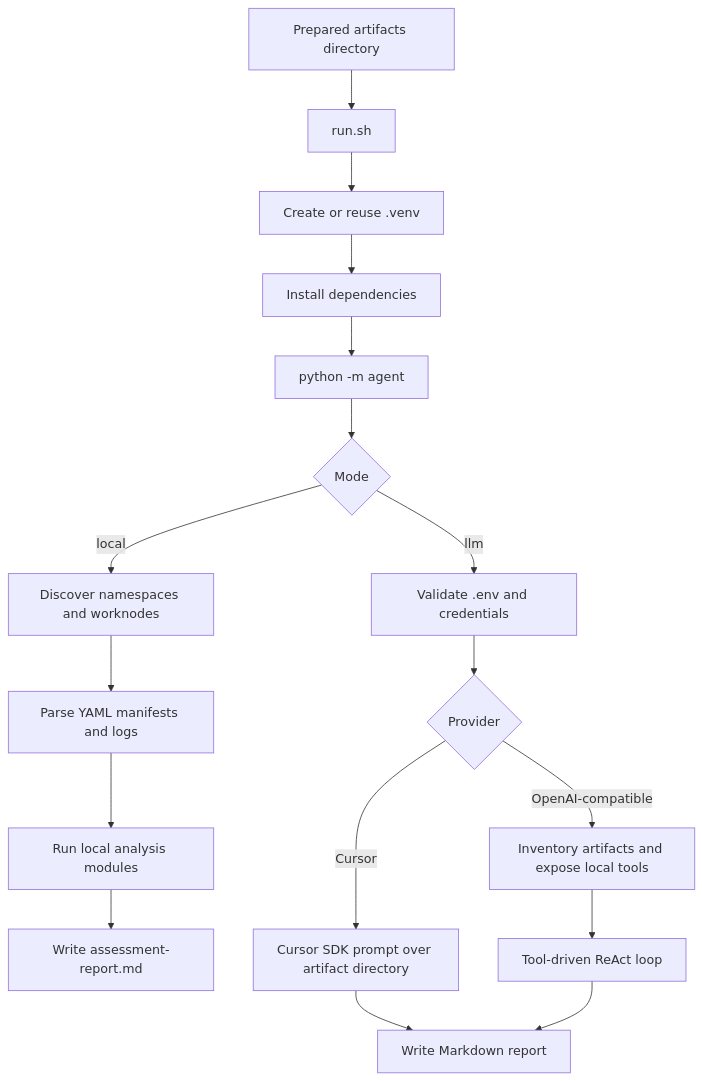
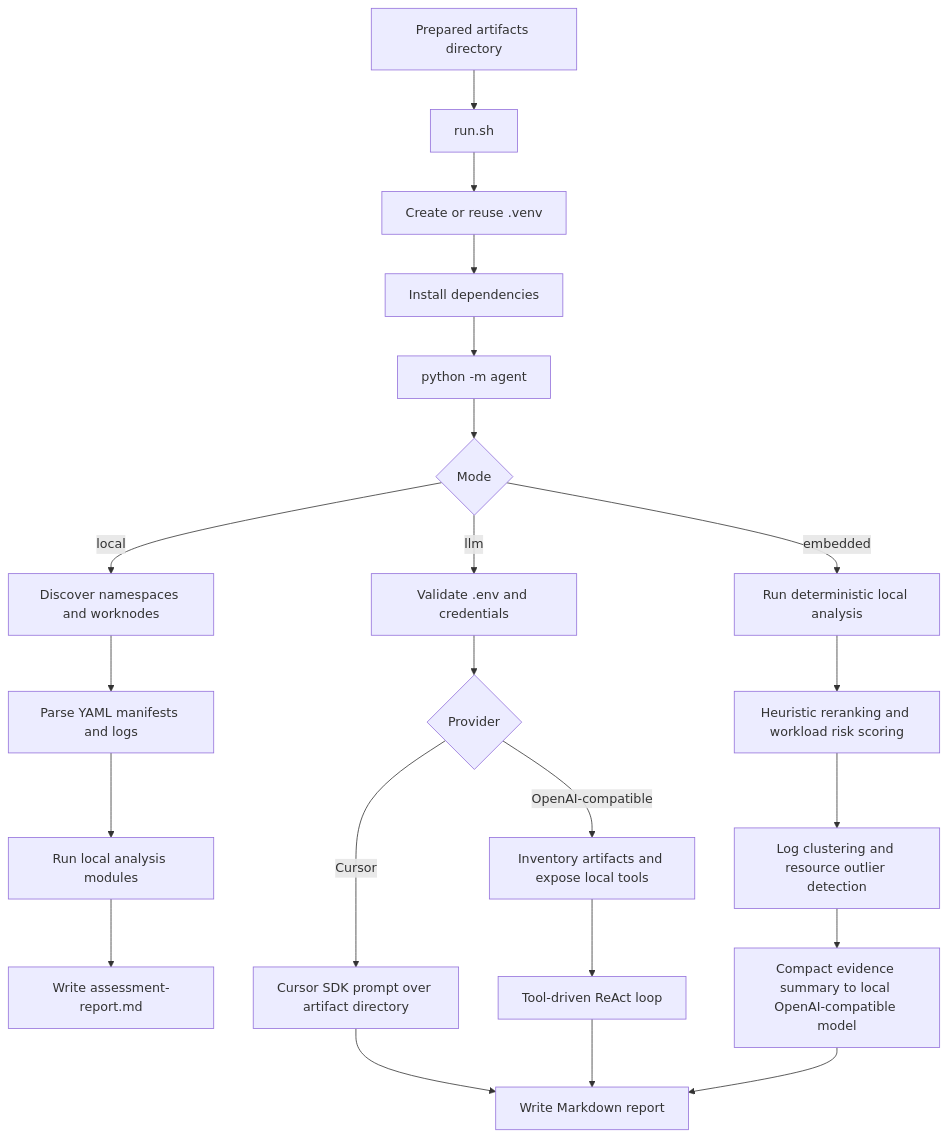
The diagram in README.md (ShiftWise-AI/kubeoptix-analyzer), drawn with Mermaid before and after one commit. The commit also changed 3 other files, not shown here.

````diff
--- a/README.md
+++ b/README.md
@@ -196,21 +196,26 @@
 ```mermaid
 flowchart TD
     A[Prepared artifacts directory] --> B[run.sh]
     B --> C[Create or reuse .venv]
     C --> D[Install dependencies]
     D --> E[python -m agent]
     E --> F{Mode}
 
     F -->|local| G[Discover namespaces and worknodes]
     G --> H[Parse YAML manifests and logs]
     H --> I[Run local analysis modules]
     I --> J[Write assessment-report.md]
 
     F -->|llm| K[Validate .env and credentials]
     K --> L{Provider}
     L -->|Cursor| M[Cursor SDK prompt over artifact directory]
     L -->|OpenAI-compatible| N[Inventory artifacts and expose local tools]
     N --> O[Tool-driven ReAct loop]
+    F -->|embedded| Q[Run deterministic local analysis]
+    Q --> R[Heuristic reranking and workload risk scoring]
+    R --> S[Log clustering and resource outlier detection]
+    S --> T[Compact evidence summary to local OpenAI-compatible model]
     M --> P[Write Markdown report]
     O --> P
+    T --> P
 ```
````
